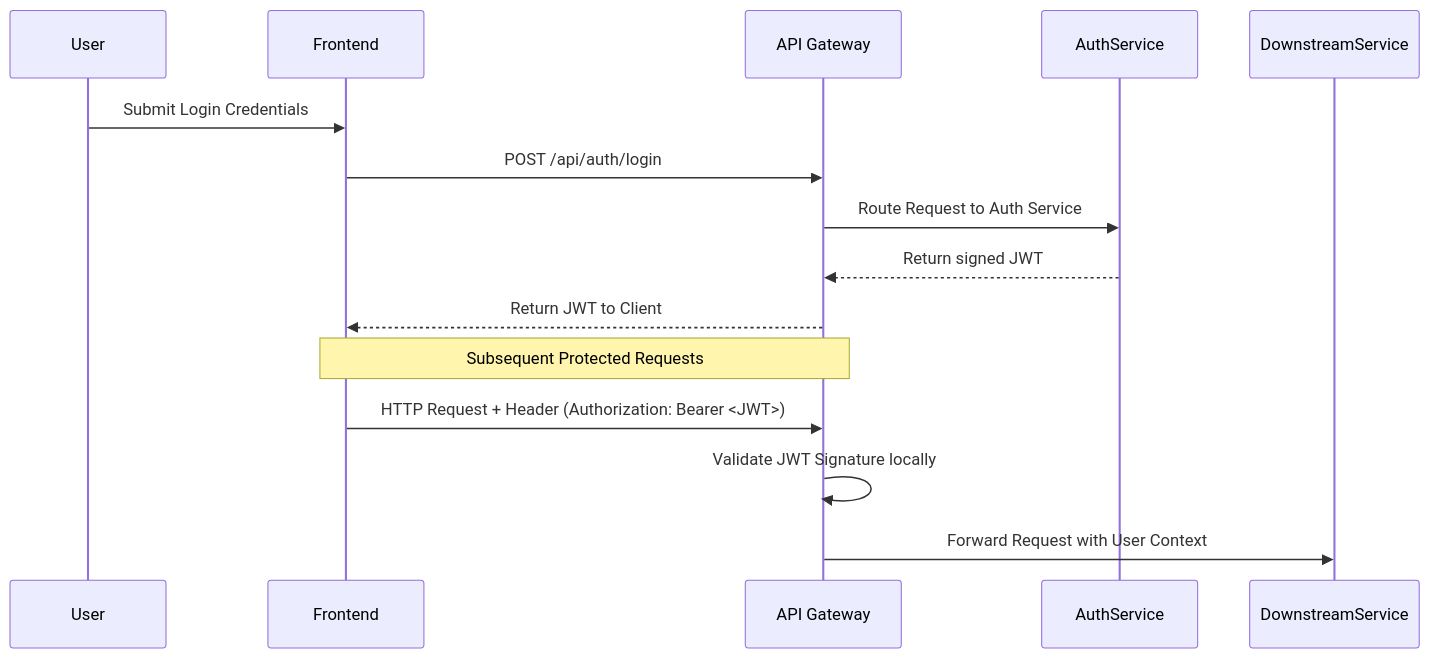
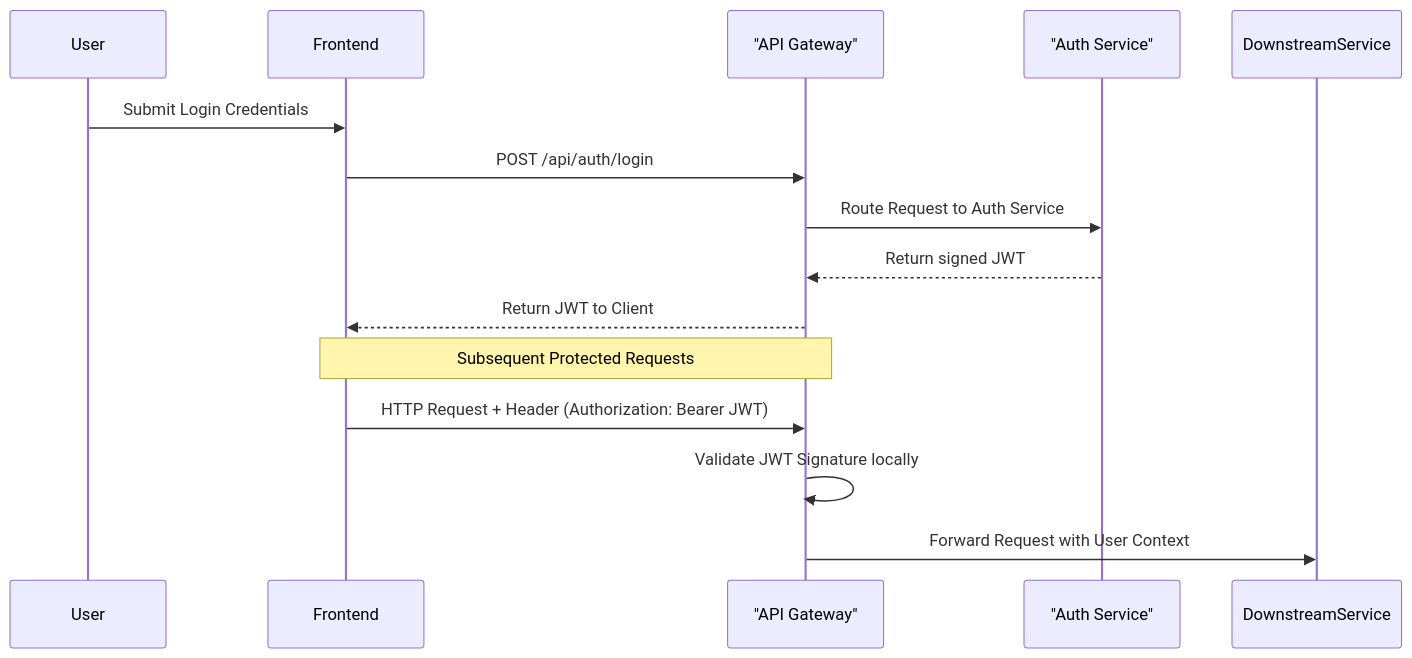
One commit to sushmitha-katika-dev/build-flow changed the fourth of 5 diagrams in docs/03_ARCHITECTURE.md. Above: the diagram before and after it, drawn with Mermaid. The commit also changed other lines of this file, not shown here.

Commit message:
docs: add Architecture diagram

````diff
--- a/docs/03_ARCHITECTURE.md
+++ b/docs/03_ARCHITECTURE.md
@@ -72,18 +82,18 @@
 ```mermaid
 sequenceDiagram
     participant User
     participant Frontend
-    participant Gateway as API Gateway
-    participant AuthService
+    participant Gateway as "API Gateway"
+    participant AuthService as "Auth Service"
     
     User->>Frontend: Submit Login Credentials
     Frontend->>Gateway: POST /api/auth/login
     Gateway->>AuthService: Route Request to Auth Service
     AuthService-->>Gateway: Return signed JWT
     Gateway-->>Frontend: Return JWT to Client
     
     Note over Frontend,Gateway: Subsequent Protected Requests
-    Frontend->>Gateway: HTTP Request + Header (Authorization: Bearer <JWT>)
+    Frontend->>Gateway: HTTP Request + Header (Authorization: Bearer JWT)
     Gateway->>Gateway: Validate JWT Signature locally
     Gateway->>DownstreamService: Forward Request with User Context
 ```
````
